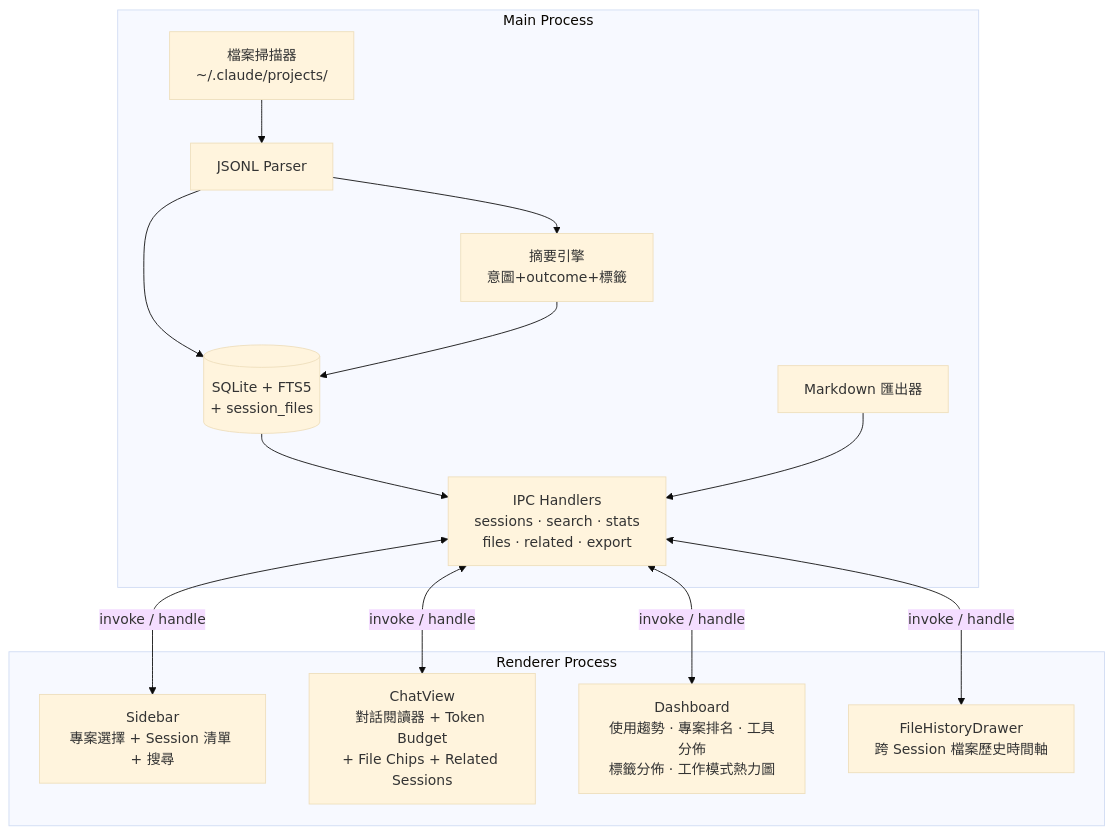
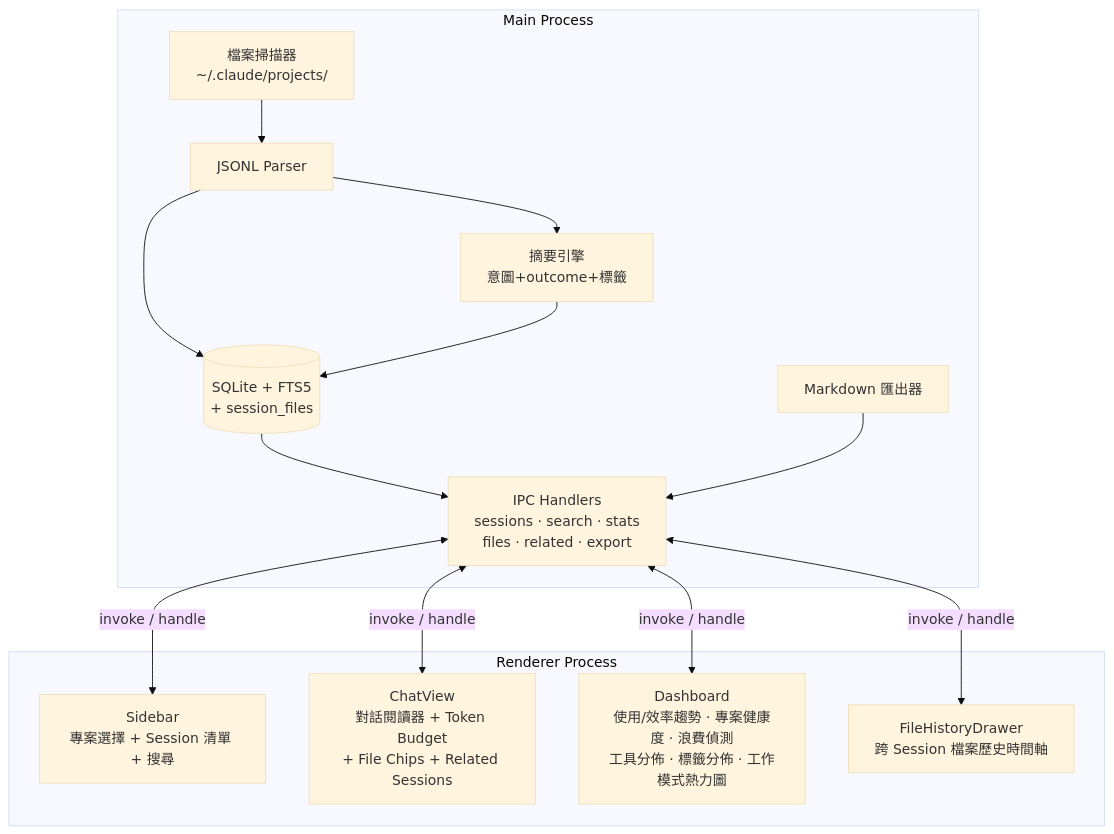
One commit to tznthou/ccRewind changed the diagram in README.md. Above: the diagram before and after it, drawn with Mermaid (base theme). The commit also changed other lines of this file and 3 other files, not shown here.

````diff
--- a/README.md
+++ b/README.md
@@ -139,23 +140,23 @@
 ```mermaid
 graph TB
     subgraph Main Process
         FS[檔案掃描器<br>~/.claude/projects/] --> JP[JSONL Parser]
         JP --> SM[摘要引擎<br>意圖+outcome+標籤]
         JP --> DB[(SQLite + FTS5<br>+ session_files)]
         SM --> DB
         DB --> IPC[IPC Handlers<br>sessions · search · stats<br>files · related · export]
         EX[Markdown 匯出器] --> IPC
     end
 
     subgraph Renderer Process
         SB[Sidebar<br>專案選擇 + Session 清單 + 搜尋]
         CV[ChatView<br>對話閱讀器 + Token Budget<br>+ File Chips + Related Sessions]
-        DB_UI[Dashboard<br>使用趨勢 · 專案排名 · 工具分佈<br>標籤分佈 · 工作模式熱力圖]
+        DB_UI[Dashboard<br>使用/效率趨勢 · 專案健康度 · 浪費偵測<br>工具分佈 · 標籤分佈 · 工作模式熱力圖]
         FH[FileHistoryDrawer<br>跨 Session 檔案歷史時間軸]
     end
 
     IPC <-->|invoke / handle| SB
     IPC <-->|invoke / handle| CV
     IPC <-->|invoke / handle| DB_UI
     IPC <-->|invoke / handle| FH
 ```
````
